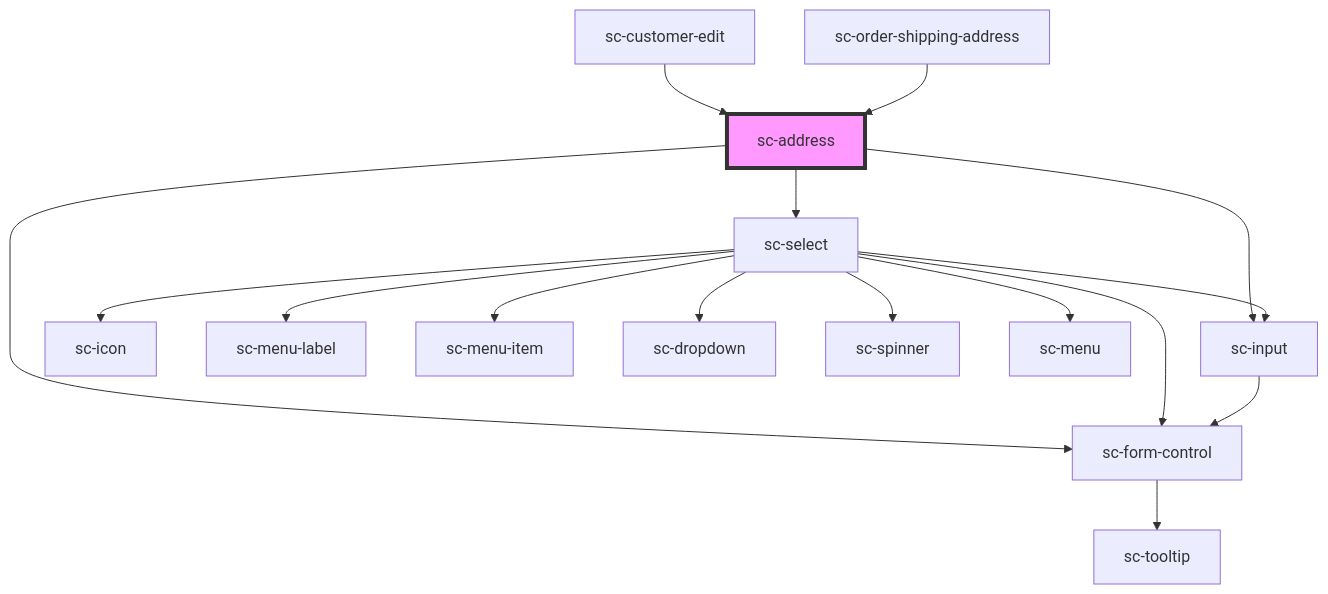
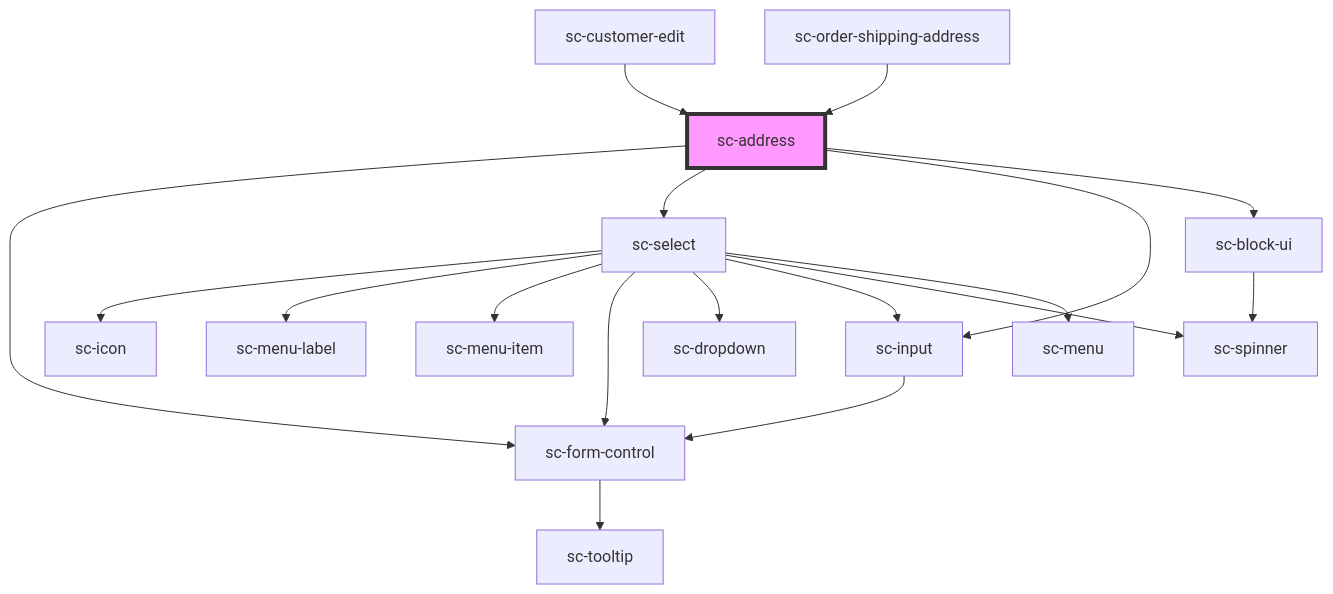
One commit to surecart/surecart-wp-plugin changed the diagram in packages/components/src/components/ui/address/readme.md. Above: the diagram before and after it, drawn with Mermaid. The commit also changed other lines of this file and 13 other files, not shown here.

````diff
--- a/packages/components/src/components/ui/address/readme.md
+++ b/packages/components/src/components/ui/address/readme.md
@@ -47,19 +48,21 @@
 ```mermaid
 graph TD;
   sc-address --> sc-form-control
   sc-address --> sc-select
   sc-address --> sc-input
+  sc-address --> sc-block-ui
   sc-form-control --> sc-tooltip
   sc-select --> sc-icon
   sc-select --> sc-menu-label
   sc-select --> sc-menu-item
   sc-select --> sc-form-control
   sc-select --> sc-dropdown
   sc-select --> sc-input
   sc-select --> sc-spinner
   sc-select --> sc-menu
   sc-input --> sc-form-control
+  sc-block-ui --> sc-spinner
   sc-customer-edit --> sc-address
   sc-order-shipping-address --> sc-address
   style sc-address fill:#f9f,stroke:#333,stroke-width:4px
 ```
````
